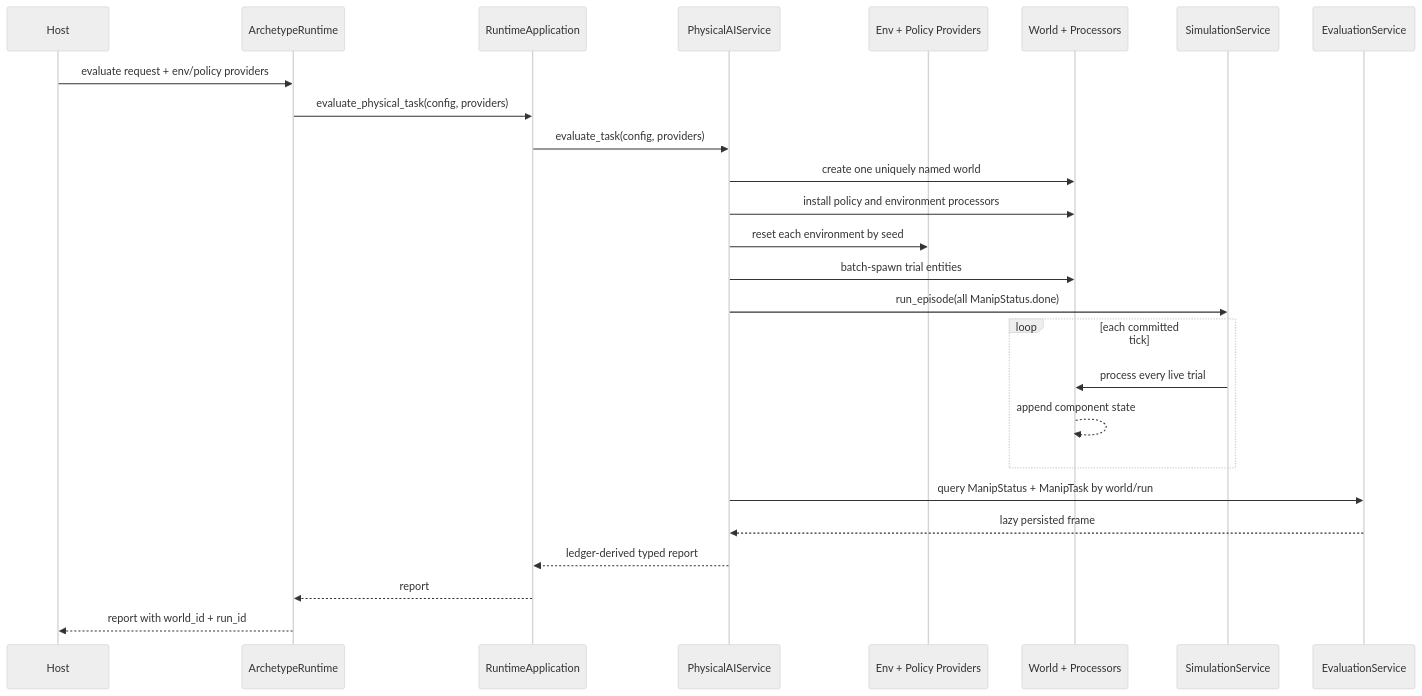
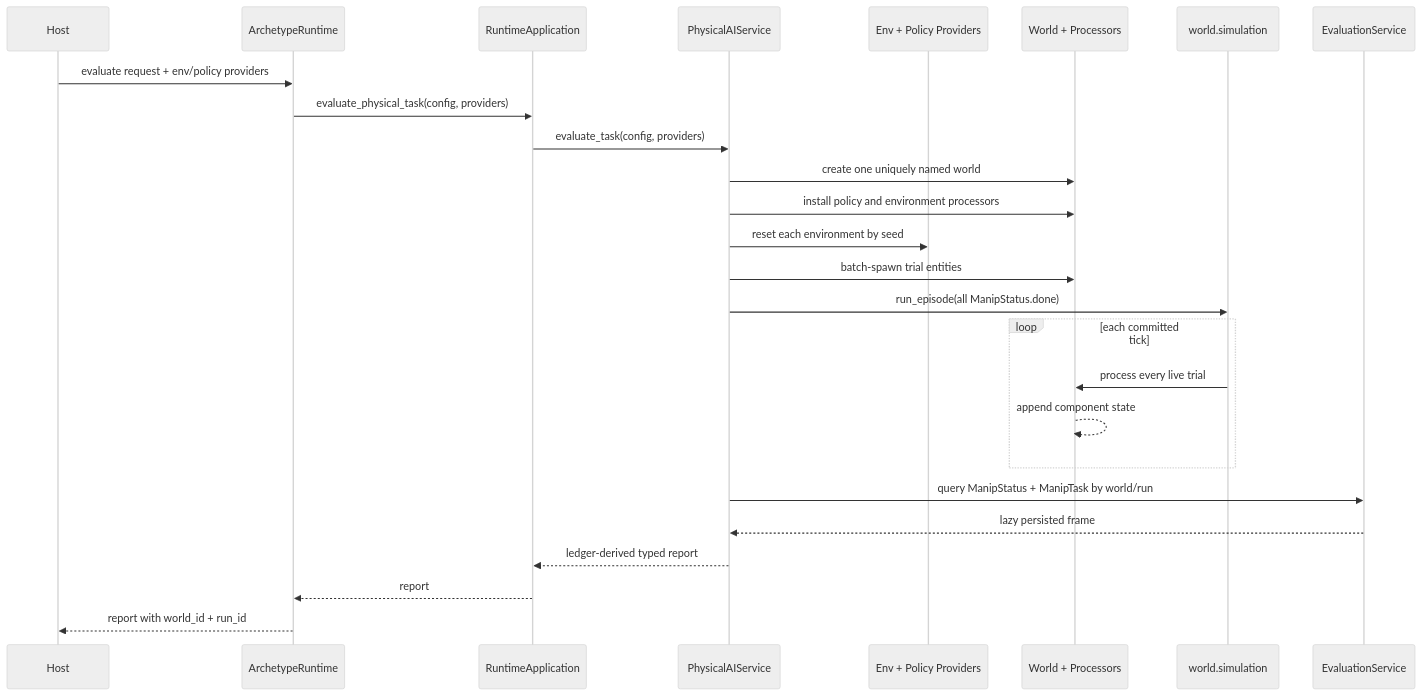
The diagram in docs/guide/physical-ai.md (VangelisTech/archetype), drawn with Mermaid (neutral theme) before and after one commit. The commit also changed other lines of this file and 43 other files, not shown here.

````diff
--- a/docs/guide/physical-ai.md
+++ b/docs/guide/physical-ai.md
@@ -128,29 +128,29 @@
 ```mermaid
 sequenceDiagram
     participant Host
     participant Runtime as ArchetypeRuntime
     participant App as RuntimeApplication
     participant Physical as PhysicalAIService
     participant Providers as Env + Policy Providers
     participant World as World + Processors
-    participant Simulation as SimulationService
+    participant Simulation as world.simulation
     participant Evaluation as EvaluationService
 
     Host->>Runtime: evaluate request + env/policy providers
     Runtime->>App: evaluate_physical_task(config, providers)
     App->>Physical: evaluate_task(config, providers)
     Physical->>World: create one uniquely named world
     Physical->>World: install policy and environment processors
     Physical->>Providers: reset each environment by seed
     Physical->>World: batch-spawn trial entities
     Physical->>Simulation: run_episode(all ManipStatus.done)
     loop each committed tick
         Simulation->>World: process every live trial
         World-->>World: append component state
     end
     Physical->>Evaluation: query ManipStatus + ManipTask by world/run
     Evaluation-->>Physical: lazy persisted frame
     Physical-->>App: ledger-derived typed report
     App-->>Runtime: report
     Runtime-->>Host: report with world_id + run_id
 ```
````
